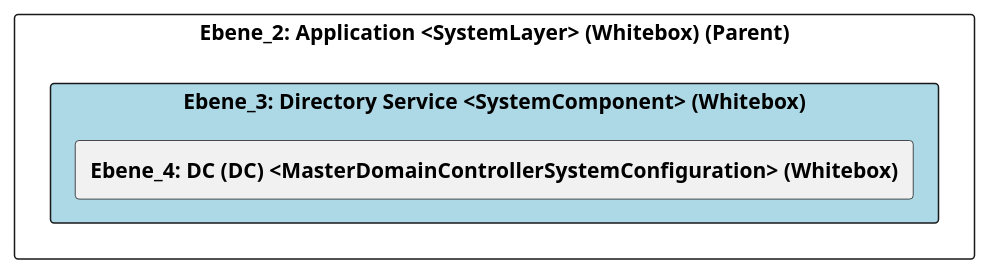
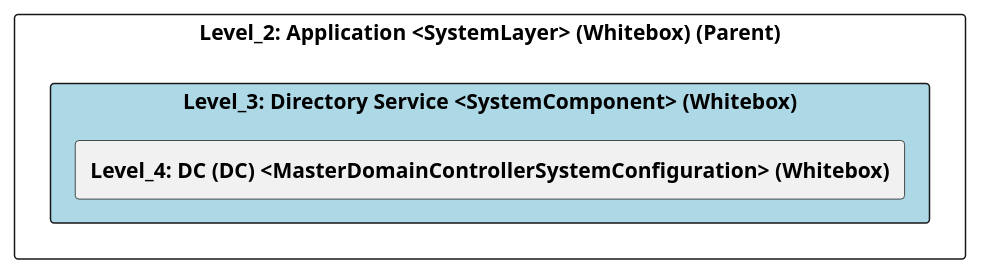
The diagram in src/cleon.architecturemethods.arc42.sample/doc/cleon_architecturemethods_arc42_sample_system/adoc/de/05_bausteinsicht/ikt/application/directory_service/ebene_3_directory service.adoc (marcozwyssig/cleon), drawn with PlantUML before and after one commit. The commit also changed other lines of this file and 169 other files, not shown here.

```diff
--- a/src/cleon.architecturemethods.arc42.sample/doc/cleon_architecturemethods_arc42_sample_system/adoc/de/05_bausteinsicht/ikt/application/directory_service/ebene_3_directory service.adoc
+++ b/src/cleon.architecturemethods.arc42.sample/doc/cleon_architecturemethods_arc42_sample_system/adoc/de/05_bausteinsicht/ikt/application/directory_service/ebene_3_directory service.adoc
@@ -24,24 +24,24 @@
-[plantuml, Ebene_3: Directory Service <SystemComponent> (Whitebox)BlockOverview, format="svg"]
+[plantuml, Level_3: Directory Service <SystemComponent> (Whitebox)BlockOverview, format="svg"]
 ----
-@startuml Ebene_3: Directory Service <SystemComponent> (Whitebox)BuildingBlockOverview
+@startuml Level_3: Directory Service <SystemComponent> (Whitebox)BuildingBlockOverview
 
 skinparam ranksep 10
 skinparam componentStyle rectangle
 skinparam shadowing false
 skinparam arrowColor lightblue
 skinparam arrowThickness 1.2
 skinparam rectangle {
   BackgroundColor White
   BorderColor #333
   RoundCorner 10
 }
 top to bottom direction
 
-component "Ebene_2: Application <SystemLayer> (Whitebox) (Parent)" {
-    component "Ebene_3: Directory Service <SystemComponent> (Whitebox)" #lightblue {
-        [**Ebene_4: DC (DC) <MasterDomainControllerSystemConfiguration> (Whitebox)**] as 8C664CF7_219A_11F0_83AE_DF5418A109A4
+component "Level_2: Application <SystemLayer> (Whitebox) (Parent)" {
+    component "Level_3: Directory Service <SystemComponent> (Whitebox)" #lightblue {
+        [**Level_4: DC (DC) <MasterDomainControllerSystemConfiguration> (Whitebox)**] as 8C664CF7_219A_11F0_83AE_DF5418A109A4
     }
 }
 
 @enduml
 ----
```
